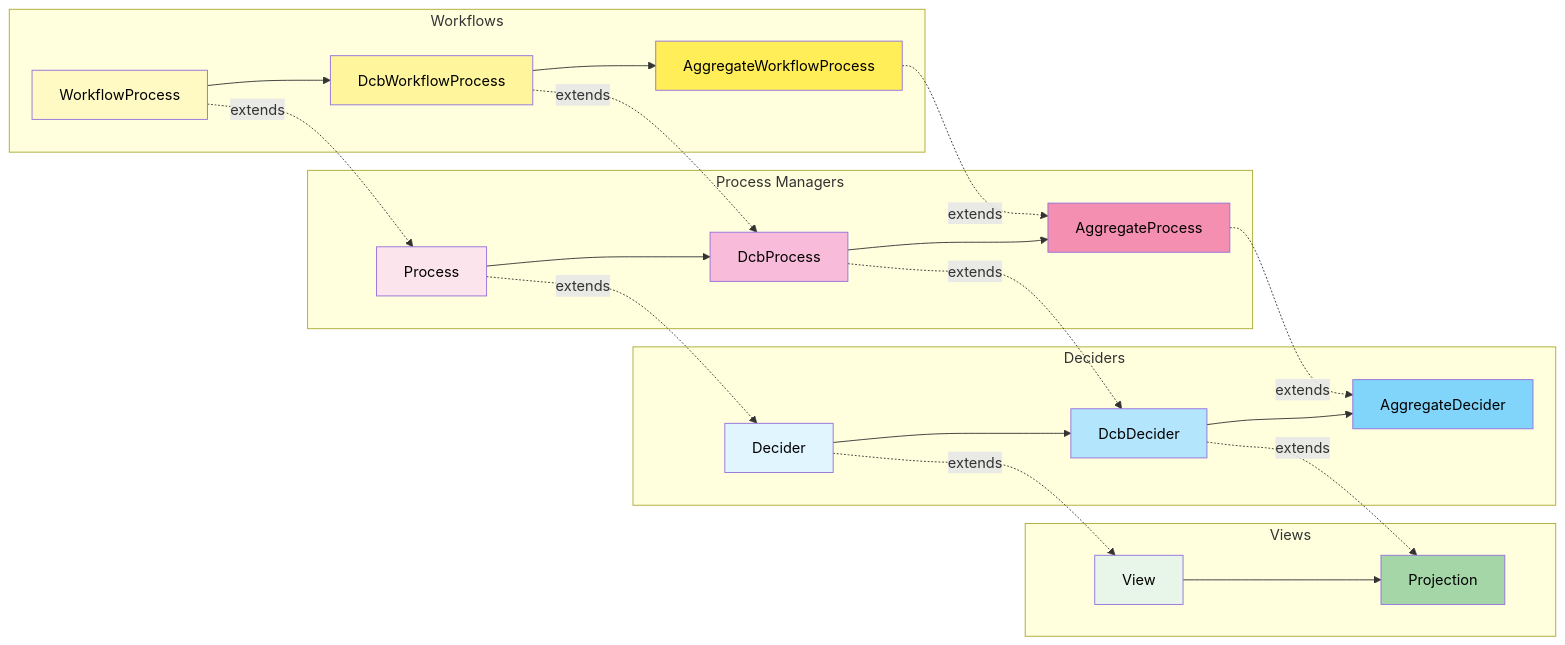
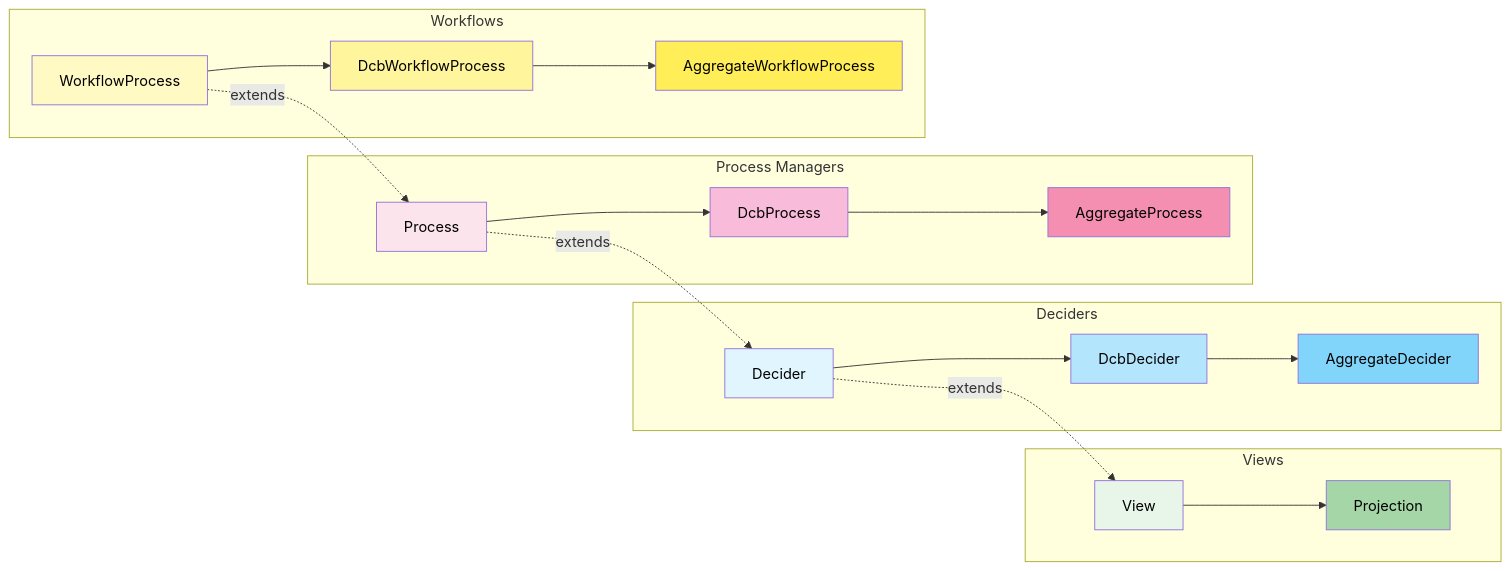
The first of 2 diagrams in README.md (fraktalio/fmodel-decider), drawn with Mermaid before and after one commit. The commit also changed 3 other files, not shown here.

````diff
--- a/README.md
+++ b/README.md
@@ -164,39 +164,34 @@
 ```mermaid
 graph LR
     subgraph "Views"
         V[View] --> P[Projection]
     end
     
     subgraph "Deciders"
         D[Decider] --> DCB[DcbDecider] --> AGG[AggregateDecider]
     end
     
     subgraph "Process Managers"
         PR[Process] --> DCBP[DcbProcess] --> AGGP[AggregateProcess]
     end
     
     subgraph "Workflows"
         WP[WorkflowProcess] --> DCBWP[DcbWorkflowProcess] --> AGGWP[AggregateWorkflowProcess]
     end
     
     D -.->|"extends"| V
-    DCB -.->|"extends"| P
     PR -.->|"extends"| D
-    DCBP -.->|"extends"| DCB
-    AGGP -.->|"extends"| AGG
     WP -.->|"extends"| PR
-    DCBWP -.->|"extends"| DCBP
-    AGGWP -.->|"extends"| AGGP
     
     style D fill:#e1f5fe,color:#000
     style DCB fill:#b3e5fc,color:#000
     style AGG fill:#81d4fa,color:#000
     style V fill:#e8f5e9,color:#000
     style P fill:#a5d6a7,color:#000
     style PR fill:#fce4ec,color:#000
     style DCBP fill:#f8bbd9,color:#000
     style AGGP fill:#f48fb1,color:#000
     style WP fill:#fff9c4,color:#000
     style DCBWP fill:#fff59d,color:#000
     style AGGWP fill:#ffee58,color:#000
 ```
````
